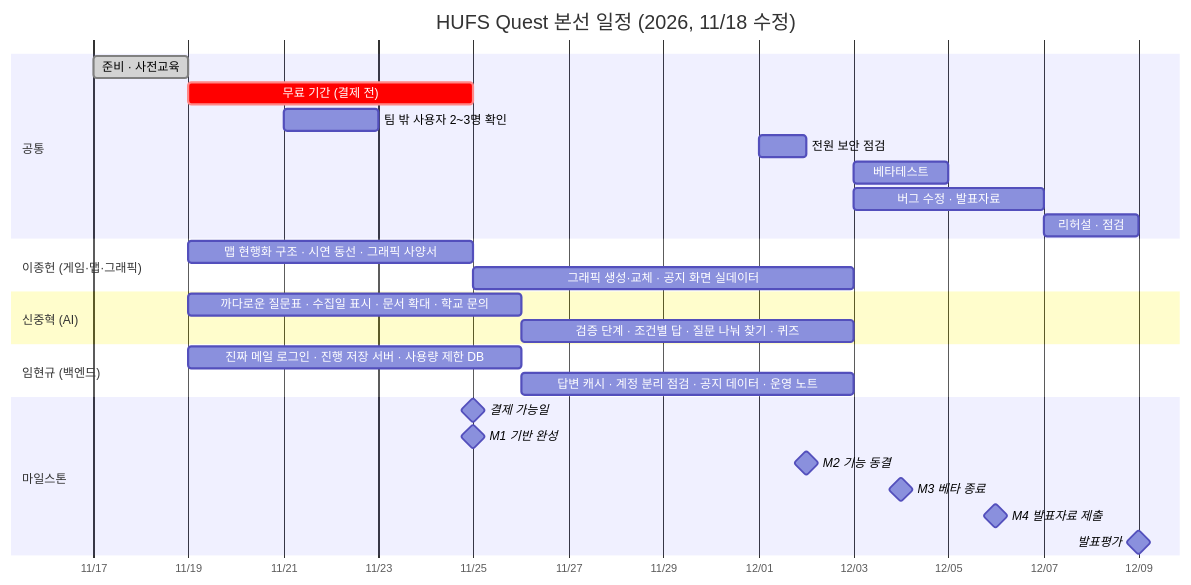
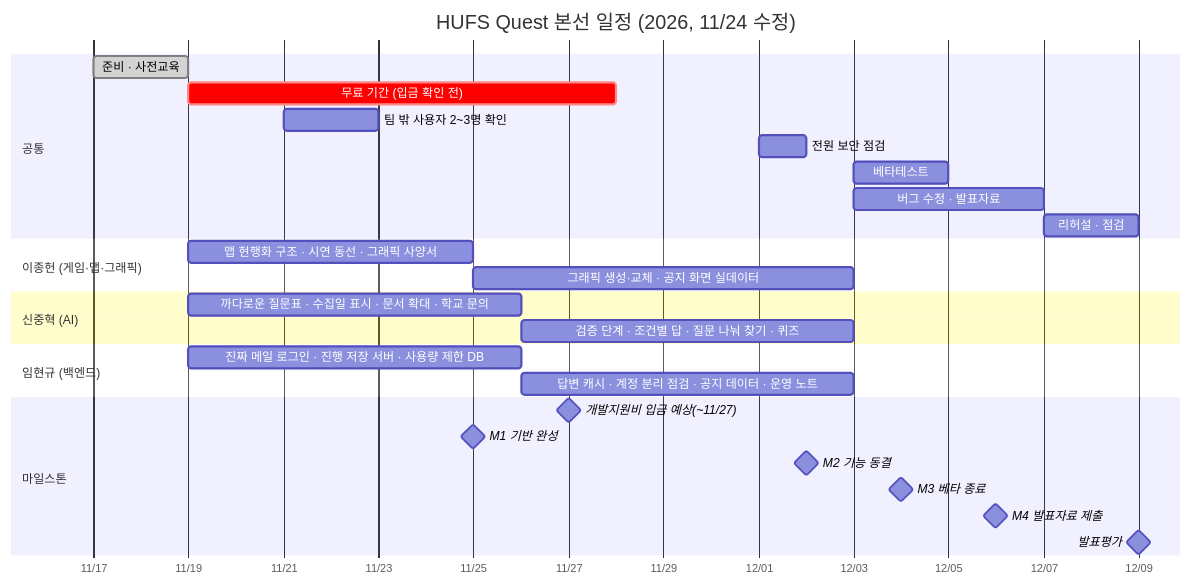
Before and after one commit to 202502859-source/hufs-quest: the diagram in docs/ROADMAP.md, drawn with Mermaid. The commit also changed other lines of this file and 7 other files, not shown here.

````diff
--- a/docs/ROADMAP.md
+++ b/docs/ROADMAP.md
@@ -14,36 +16,36 @@
 ```mermaid
 gantt
-    title HUFS Quest 본선 일정 (2026, 11/18 수정)
+    title HUFS Quest 본선 일정 (2026, 11/24 수정)
     dateFormat YYYY-MM-DD
     axisFormat %m/%d
     todayMarker stroke-width:3px,stroke:#d33
 
     section 공통
     준비 · 사전교육              :done, prep, 2026-11-17, 2d
-    무료 기간 (결제 전)           :crit, free, 2026-11-19, 6d
+    무료 기간 (입금 확인 전)      :crit, free, 2026-11-19, 9d
     팀 밖 사용자 2~3명 확인       :user, 2026-11-21, 2d
     전원 보안 점검               :sec, 2026-12-01, 1d
     베타테스트                   :beta, 2026-12-03, 2d
     버그 수정 · 발표자료          :w3, 2026-12-03, 4d
     리허설 · 점검                :reh, 2026-12-07, 2d
 
     section 이종헌 (게임·맵·그래픽)
     맵 현행화 구조 · 시연 동선 · 그래픽 사양서   :j1, 2026-11-19, 6d
     그래픽 생성·교체 · 공지 화면 실데이터        :j2, 2026-11-25, 8d
 
     section 신중혁 (AI)
     까다로운 질문표 · 수집일 표시 · 문서 확대 · 학교 문의 :s1, 2026-11-19, 7d
     검증 단계 · 조건별 답 · 질문 나눠 찾기 · 퀴즈       :s2, 2026-11-26, 7d
 
     section 임현규 (백엔드)
     진짜 메일 로그인 · 진행 저장 서버 · 사용량 제한 DB  :h1, 2026-11-19, 7d
     답변 캐시 · 계정 분리 점검 · 공지 데이터 · 운영 노트 :h2, 2026-11-26, 7d
 
     section 마일스톤
-    결제 가능일                  :milestone, pay, 2026-11-25, 0d
+    개발지원비 입금 예상(~11/27)  :milestone, pay, 2026-11-27, 0d
     M1 기반 완성                 :milestone, m1, 2026-11-25, 0d
     M2 기능 동결                 :milestone, m2, 2026-12-02, 0d
     M3 베타 종료                 :milestone, m3, 2026-12-04, 0d
     M4 발표자료 제출             :milestone, m4, 2026-12-06, 0d
     발표평가                     :milestone, demo, 2026-12-09, 0d
 ```
````
